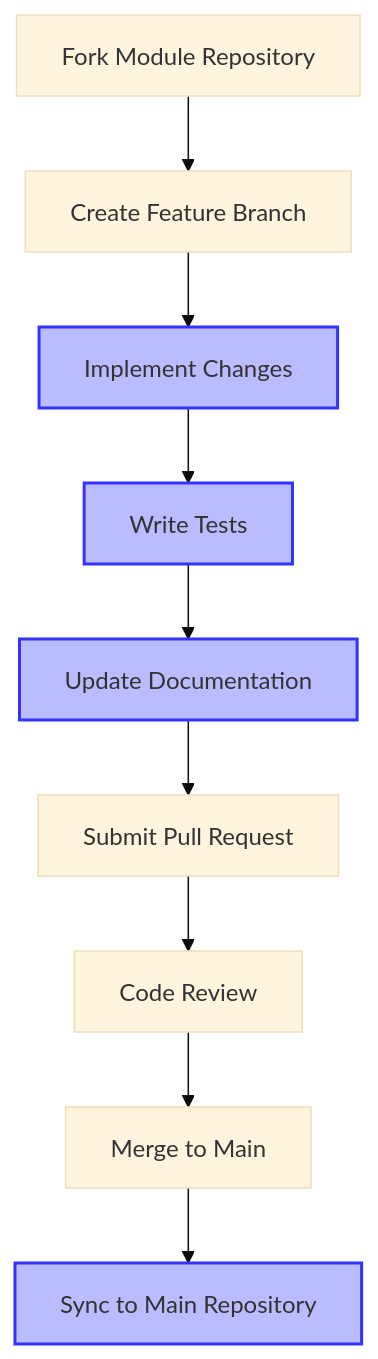
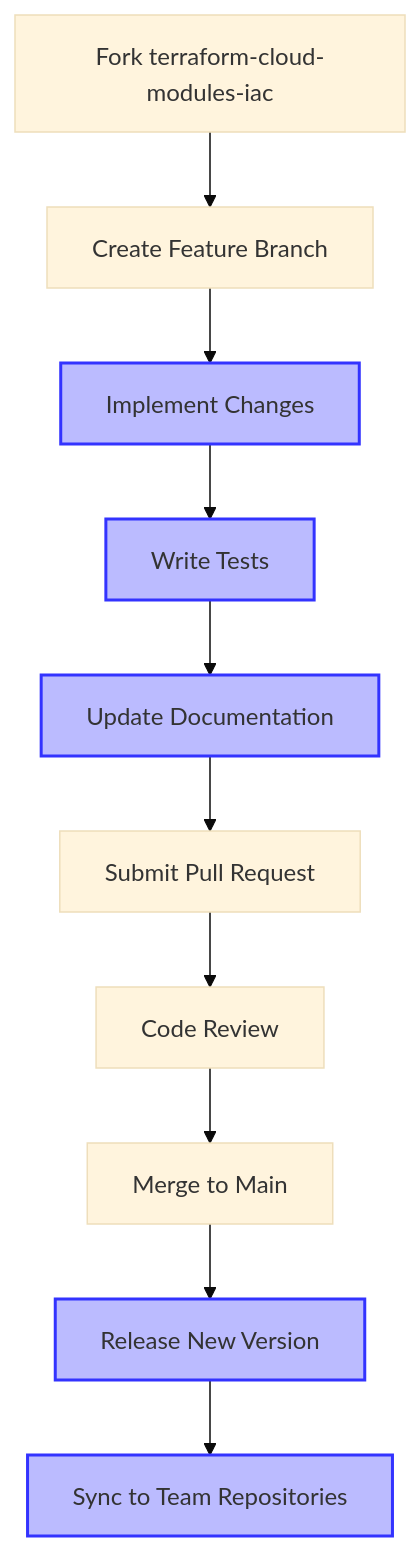
One commit to joselrnz/terraform-cloud-modules-iac changed the seventh of 8 diagrams in PLAYBOOK.md. Above: the diagram before and after it, drawn with Mermaid (base theme). The commit also changed other lines of this file, not shown here.

````diff
--- a/PLAYBOOK.md
+++ b/PLAYBOOK.md
@@ -577,16 +700,18 @@
 ```mermaid
 graph TD
-    A[Fork Module Repository] --> B[Create Feature Branch]
+    A[Fork terraform-cloud-modules-iac] --> B[Create Feature Branch]
     B --> C[Implement Changes]
     C --> D[Write Tests]
     D --> E[Update Documentation]
     E --> F[Submit Pull Request]
     F --> G[Code Review]
     G --> H[Merge to Main]
-    H --> I[Sync to Main Repository]
+    H --> I[Release New Version]
+    I --> J[Sync to Team Repositories]
 
     style C fill:#bbf,stroke:#33f,stroke-width:2px
     style D fill:#bbf,stroke:#33f,stroke-width:2px
     style E fill:#bbf,stroke:#33f,stroke-width:2px
     style I fill:#bbf,stroke:#33f,stroke-width:2px
+    style J fill:#bbf,stroke:#33f,stroke-width:2px
 ```
````
